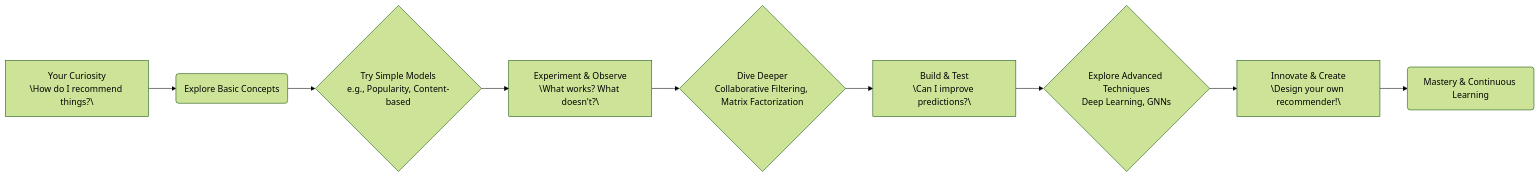
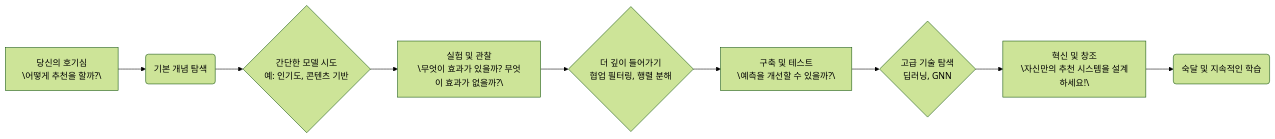
Before and after one commit to gh-shin/suggest-models-example: the first of 11 diagrams in ConstructivistLearningPath.md, drawn with Mermaid (forest theme). The commit also changed other lines of this file and 1 other file, not shown here.

````diff
--- a/ConstructivistLearningPath.md
+++ b/ConstructivistLearningPath.md
@@ -14,11 +14,11 @@
 ```mermaid
 graph LR
-    A["Your Curiosity\n\"How do I recommend things?\""] --> B(Explore Basic Concepts);
-    B --> C{"Try Simple Models\ne.g., Popularity, Content-based"};
-    C --> D["Experiment & Observe\n\"What works? What doesn't?\""];
-    D --> E{"Dive Deeper\nCollaborative Filtering, Matrix Factorization"};
-    E --> F["Build & Test\n\"Can I improve predictions?\""];
-    F --> G{"Explore Advanced Techniques\nDeep Learning, GNNs"};
-    G --> H["Innovate & Create\n\"Design your own recommender!\""];
-    H --> I(Mastery & Continuous Learning);
+    A["당신의 호기심\n\"어떻게 추천을 할까?\""] --> B(기본 개념 탐색);
+    B --> C{"간단한 모델 시도\n예: 인기도, 콘텐츠 기반"};
+    C --> D["실험 및 관찰\n\"무엇이 효과가 있을까? 무엇이 효과가 없을까?\""];
+    D --> E{"더 깊이 들어가기\n협업 필터링, 행렬 분해"};
+    E --> F["구축 및 테스트\n\"예측을 개선할 수 있을까?\""];
+    F --> G{"고급 기술 탐색\n딥러닝, GNN"};
+    G --> H["혁신 및 창조\n\"자신만의 추천 시스템을 설계하세요!\""];
+    H --> I(숙달 및 지속적인 학습);
 ```
````
